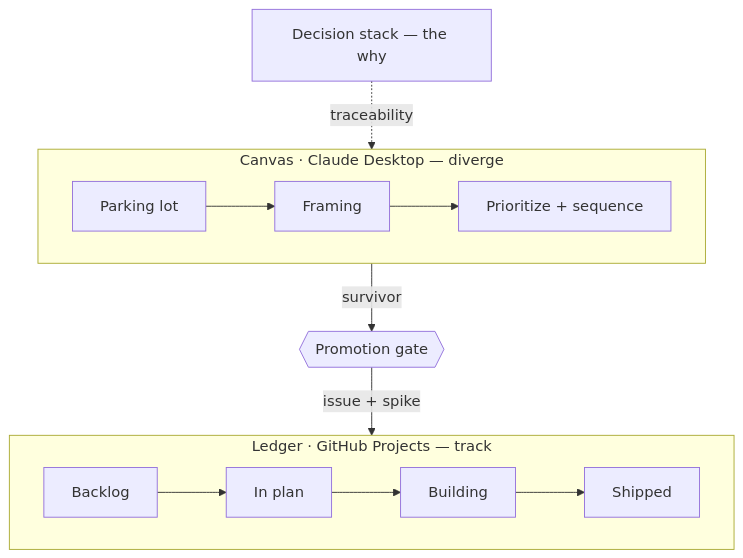
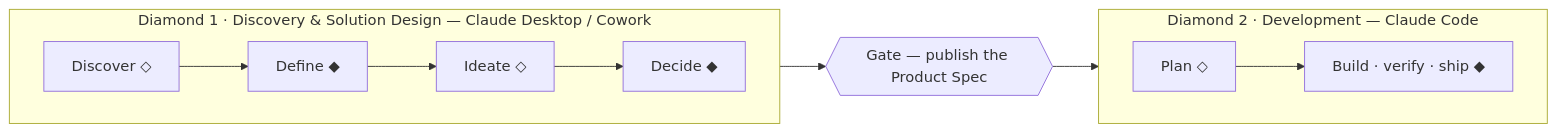
Before and after one commit to azevedo-home-lab/Claude_Diamonds: the diagram in README.md, drawn with Mermaid. The commit also changed other lines of this file and 3 other files, not shown here.

````diff
--- a/README.md
+++ b/README.md
@@ -41,16 +14,13 @@
 ```mermaid
-flowchart TB
-  stack["Decision stack — the why"]
-  subgraph CANVAS["Canvas · Claude Desktop — diverge"]
+flowchart LR
+  subgraph D1["Diamond 1 · Discovery & Solution Design — Claude Desktop / Cowork"]
     direction LR
-    z1["Parking lot"] --> z2["Framing"] --> z3["Prioritize + sequence"]
+    a["Discover ◇"] --> b["Define ◆"] --> c["Ideate ◇"] --> d["Decide ◆"]
   end
-  gate{{"Promotion gate"}}
-  subgraph LEDGER["Ledger · GitHub Projects — track"]
+  gate{{"Gate — publish the Product Spec"}}
+  subgraph D2["Diamond 2 · Development — Claude Code"]
     direction LR
-    l1["Backlog"] --> l2["In plan"] --> l3["Building"] --> l4["Shipped"]
+    e["Plan ◇"] --> f["Build · verify · ship ◆"]
   end
-  stack -.->|traceability| z3
-  z3 -->|survivor| gate
-  gate -->|issue + spike| l1
+  D1 --> gate --> D2
 ```
````
